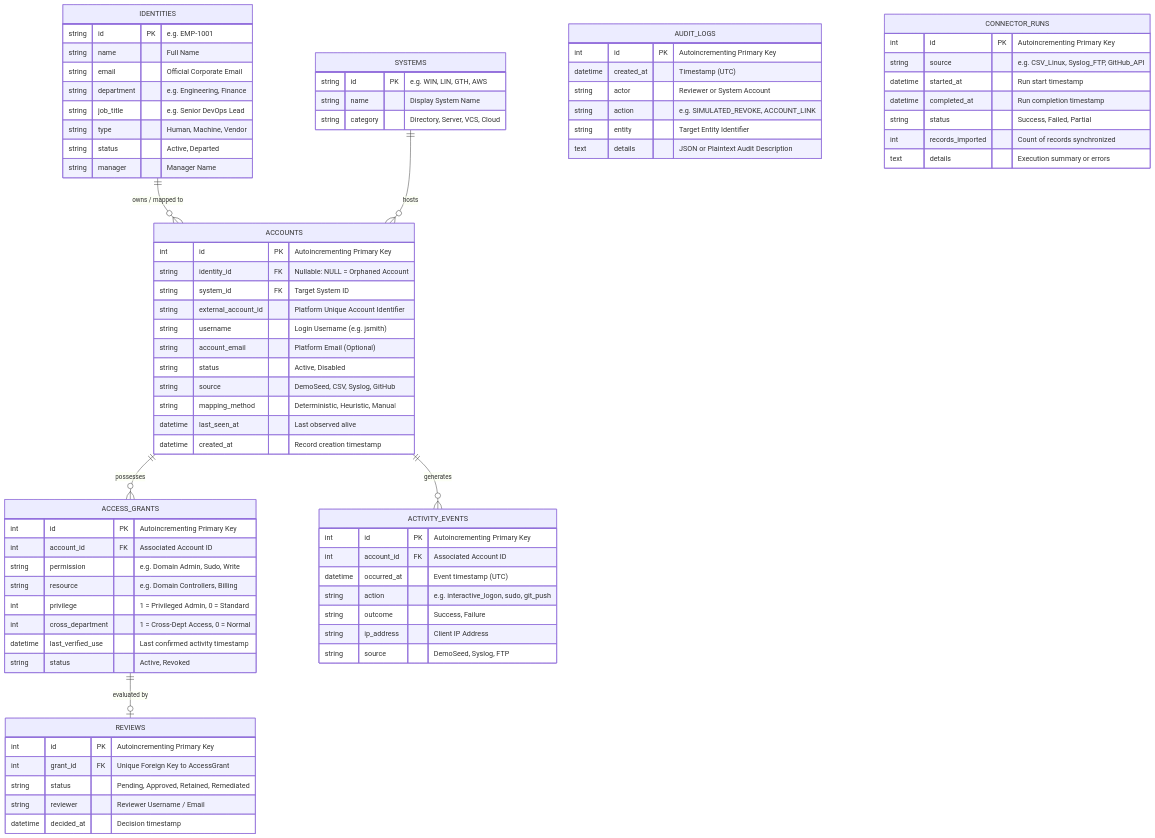
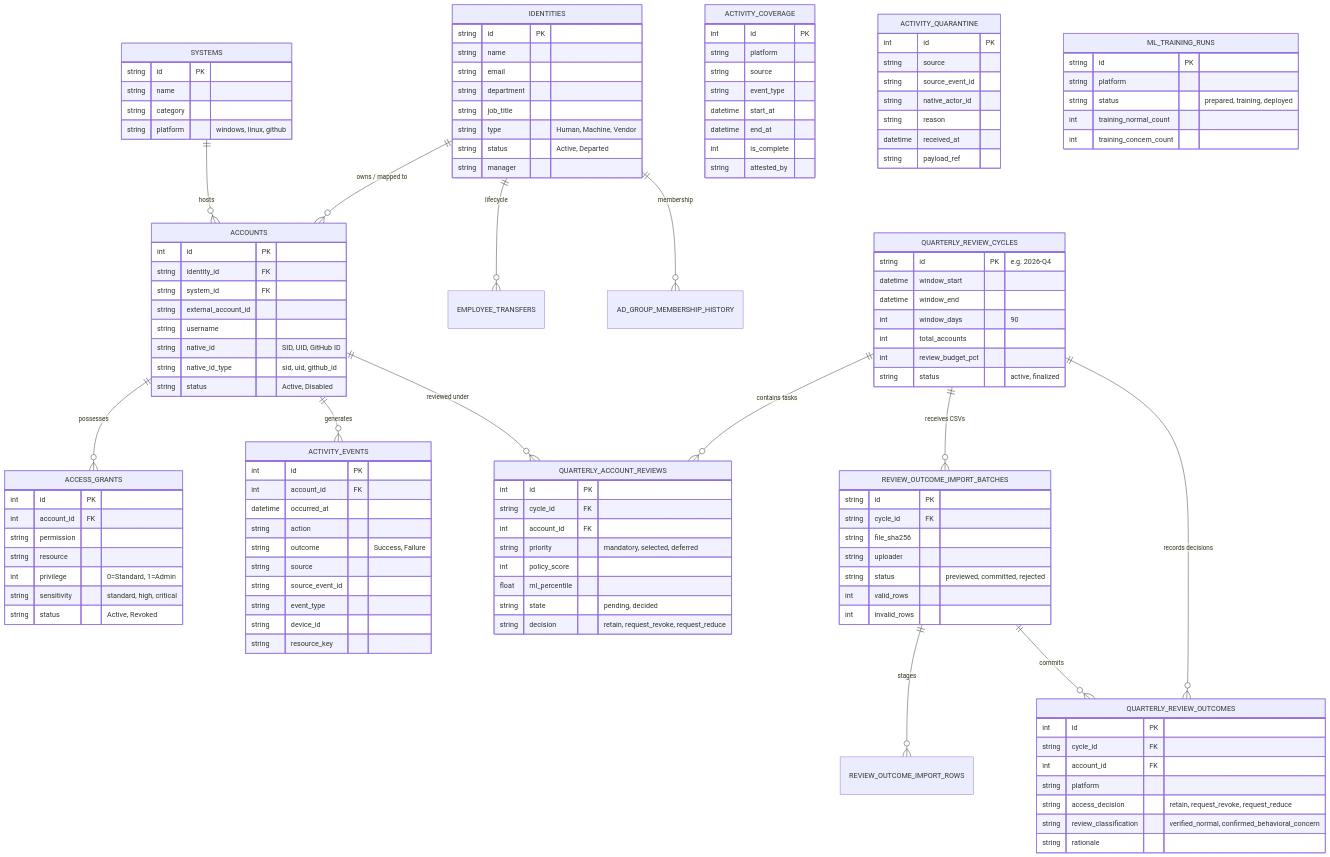
One commit to desh2001/AccessGuard changed the diagram in .AI/DATABASE_SCHEMA.md. Above: the diagram before and after it, drawn with Mermaid. The commit also changed other lines of this file and 20 other files, not shown here.

Commit message:
feat: integrate quarterly ML review cycle V10 with reviewed CSV upload and safe offline training

````diff
--- a/.AI/DATABASE_SCHEMA.md
+++ b/.AI/DATABASE_SCHEMA.md
@@ -21,84 +21,136 @@
     SYSTEMS ||--o{ ACCOUNTS : "hosts"
     ACCOUNTS ||--o{ ACCESS_GRANTS : "possesses"
     ACCOUNTS ||--o{ ACTIVITY_EVENTS : "generates"
-    ACCESS_GRANTS ||--o| REVIEWS : "evaluated by"
+    ACCOUNTS ||--o{ QUARTERLY_ACCOUNT_REVIEWS : "reviewed under"
+    IDENTITIES ||--o{ EMPLOYEE_TRANSFERS : "lifecycle"
+    IDENTITIES ||--o{ AD_GROUP_MEMBERSHIP_HISTORY : "membership"
     
+    QUARTERLY_REVIEW_CYCLES ||--o{ QUARTERLY_ACCOUNT_REVIEWS : "contains tasks"
+    QUARTERLY_REVIEW_CYCLES ||--o{ REVIEW_OUTCOME_IMPORT_BATCHES : "receives CSVs"
+    QUARTERLY_REVIEW_CYCLES ||--o{ QUARTERLY_REVIEW_OUTCOMES : "records decisions"
+    
+    REVIEW_OUTCOME_IMPORT_BATCHES ||--o{ REVIEW_OUTCOME_IMPORT_ROWS : "stages"
+    REVIEW_OUTCOME_IMPORT_BATCHES ||--o{ QUARTERLY_REVIEW_OUTCOMES : "commits"
+
     IDENTITIES {
-        string id PK "e.g. EMP-1001"
-        string name "Full Name"
-        string email "Official Corporate Email"
-        string department "e.g. Engineering, Finance"
-        string job_title "e.g. Senior DevOps Lead"
+        string id PK
+        string name
+        string email
+        string department
+        string job_title
         string type "Human, Machine, Vendor"
         string status "Active, Departed"
-        string manager "Manager Name"
+        string manager
     }
 
     SYSTEMS {
-        string id PK "e.g. WIN, LIN, GTH, AWS"
-        string name "Display System Name"
-        string category "Directory, Server, VCS, Cloud"
+        string id PK
+        string name
+        string category
+        string platform "windows, linux, github"
     }
 
     ACCOUNTS {
-        int id PK "Autoincrementing Primary Key"
-        string identity_id FK "Nullable: NULL = Orphaned Account"
-        string system_id FK "Target System ID"
-        string external_account_id "Platform Unique Account Identifier"
-        string username "Login Username (e.g. jsmith)"
-        string account_email "Platform Email (Optional)"
+        int id PK
+        string identity_id FK
+        string system_id FK
+        string external_account_id
+        string username
+        string native_id "SID, UID, GitHub ID"
+        string native_id_type "sid, uid, github_id"
         string status "Active, Disabled"
-        string source "DemoSeed, CSV, Syslog, GitHub"
-        string mapping_method "Deterministic, Heuristic, Manual"
-        datetime last_seen_at "Last observed alive"
-        datetime created_at "Record creation timestamp"
     }
 
     ACCESS_GRANTS {
-        int id PK "Autoincrementing Primary Key"
-        int account_id FK "Associated Account ID"
-        string permission "e.g. Domain Admin, Sudo, Write"
-        string resource "e.g. Domain Controllers, Billing"
-        int privilege "1 = Privileged Admin, 0 = Standard"
-        int cross_department "1 = Cross-Dept Access, 0 = Normal"
-        datetime last_verified_use "Last confirmed activity timestamp"
+        int id PK
+        int account_id FK
+        string permission
+        string resource
+        int privilege "0=Standard, 1=Admin"
+        string sensitivity "standard, high, critical"
         string status "Active, Revoked"
     }
 
-    REVIEWS {
-        int id PK "Autoincrementing Primary Key"
-        int grant_id FK "Unique Foreign Key to AccessGrant"
-        string status "Pending, Approved, Retained, Remediated"
-        string reviewer "Reviewer Username / Email"
-        datetime decided_at "Decision timestamp"
+    ACTIVITY_EVENTS {
+        int id PK
+        int account_id FK
+        datetime occurred_at
+        string action
+        string outcome "Success, Failure"
+        string source
+        string source_event_id
+        string event_type
+        string device_id
+        string resource_key
     }
 
-    ACTIVITY_EVENTS {
-        int id PK "Autoincrementing Primary Key"
-        int account_id FK "Associated Account ID"
-        datetime occurred_at "Event timestamp (UTC)"
-        string action "e.g. interactive_logon, sudo, git_push"
-        string outcome "Success, Failure"
-        string ip_address "Client IP Address"
-        string source "DemoSeed, Syslog, FTP"
+    ACTIVITY_COVERAGE {
+        int id PK
+        string platform
+        string source
+        string event_type
+        datetime start_at
+        datetime end_at
+        int is_complete
+        string attested_by
     }
 
-    AUDIT_LOGS {
-        int id PK "Autoincrementing Primary Key"
-        datetime created_at "Timestamp (UTC)"
-        string actor "Reviewer or System Account"
-        string action "e.g. SIMULATED_REVOKE, ACCOUNT_LINK"
-        string entity "Target Entity Identifier"
-        text details "JSON or Plaintext Audit Description"
+    ACTIVITY_QUARANTINE {
+        int id PK
+        string source
+        string source_event_id
+        string native_actor_id
+        string reason
+        datetime received_at
+        string payload_ref
     }
 
-    CONNECTOR_RUNS {
-        int id PK "Autoincrementing Primary Key"
-        string source "e.g. CSV_Linux, Syslog_FTP, GitHub_API"
-        datetime started_at "Run start timestamp"
-        datetime completed_at "Run completion timestamp"
-        string status "Success, Failed, Partial"
-        int records_imported "Count of records synchronized"
-        text details "Execution summary or errors"
+    QUARTERLY_REVIEW_CYCLES {
+        string id PK "e.g. 2026-Q4"
+        datetime window_start
+        datetime window_end
+        int window_days "90"
+        int total_accounts
+        int review_budget_pct
+        string status "active, finalized"
+    }
+
+    QUARTERLY_ACCOUNT_REVIEWS {
+        int id PK
+        string cycle_id FK
+        int account_id FK
+        string priority "mandatory, selected, deferred"
+        int policy_score
+        float ml_percentile
+        string state "pending, decided"
+        string decision "retain, request_revoke, request_reduce"
+    }
+
+    REVIEW_OUTCOME_IMPORT_BATCHES {
+        string id PK
+        string cycle_id FK
+        string file_sha256
+        string uploader
+        string status "previewed, committed, rejected"
+        int valid_rows
+        int invalid_rows
+    }
+
+    QUARTERLY_REVIEW_OUTCOMES {
+        int id PK
+        string cycle_id FK
+        int account_id FK
+        string platform
+        string access_decision "retain, request_revoke, request_reduce"
+        string review_classification "verified_normal, confirmed_behavioral_concern"
+        string rationale
+    }
+
+    ML_TRAINING_RUNS {
+        string id PK
+        string platform
+        string status "prepared, training, deployed"
+        int training_normal_count
+        int training_concern_count
     }
 ```
````
